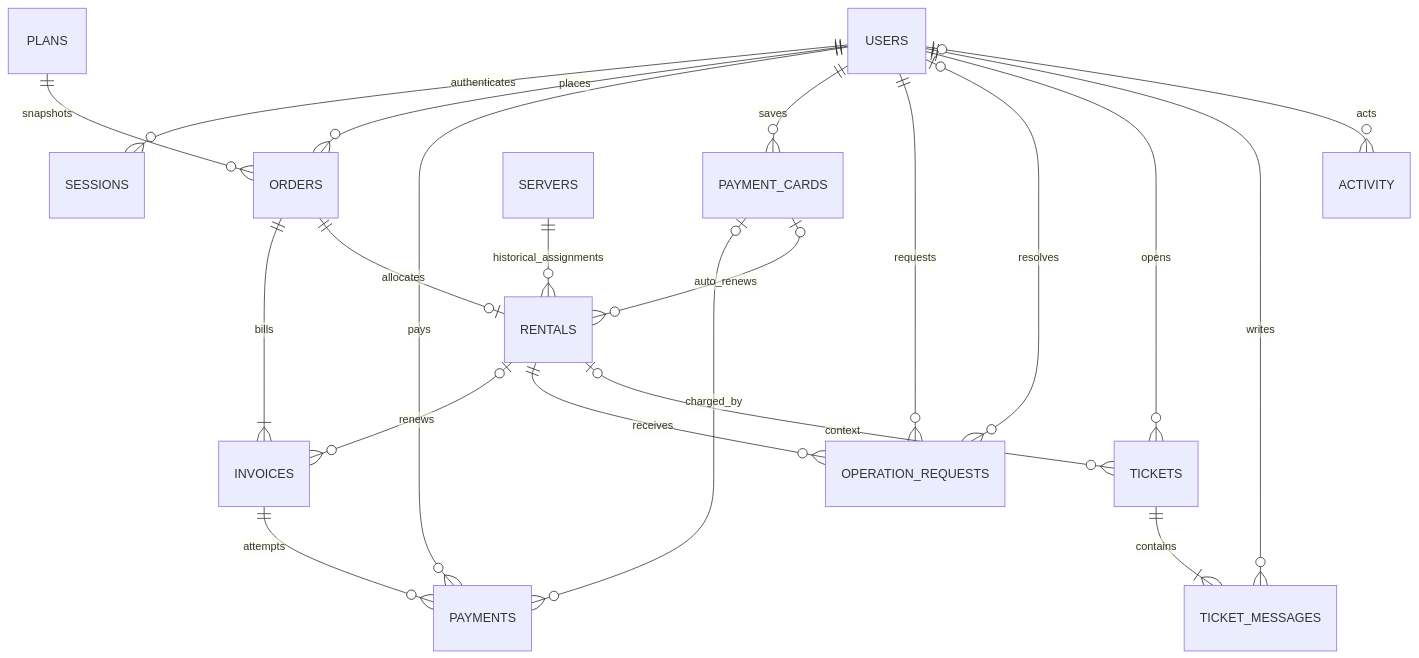
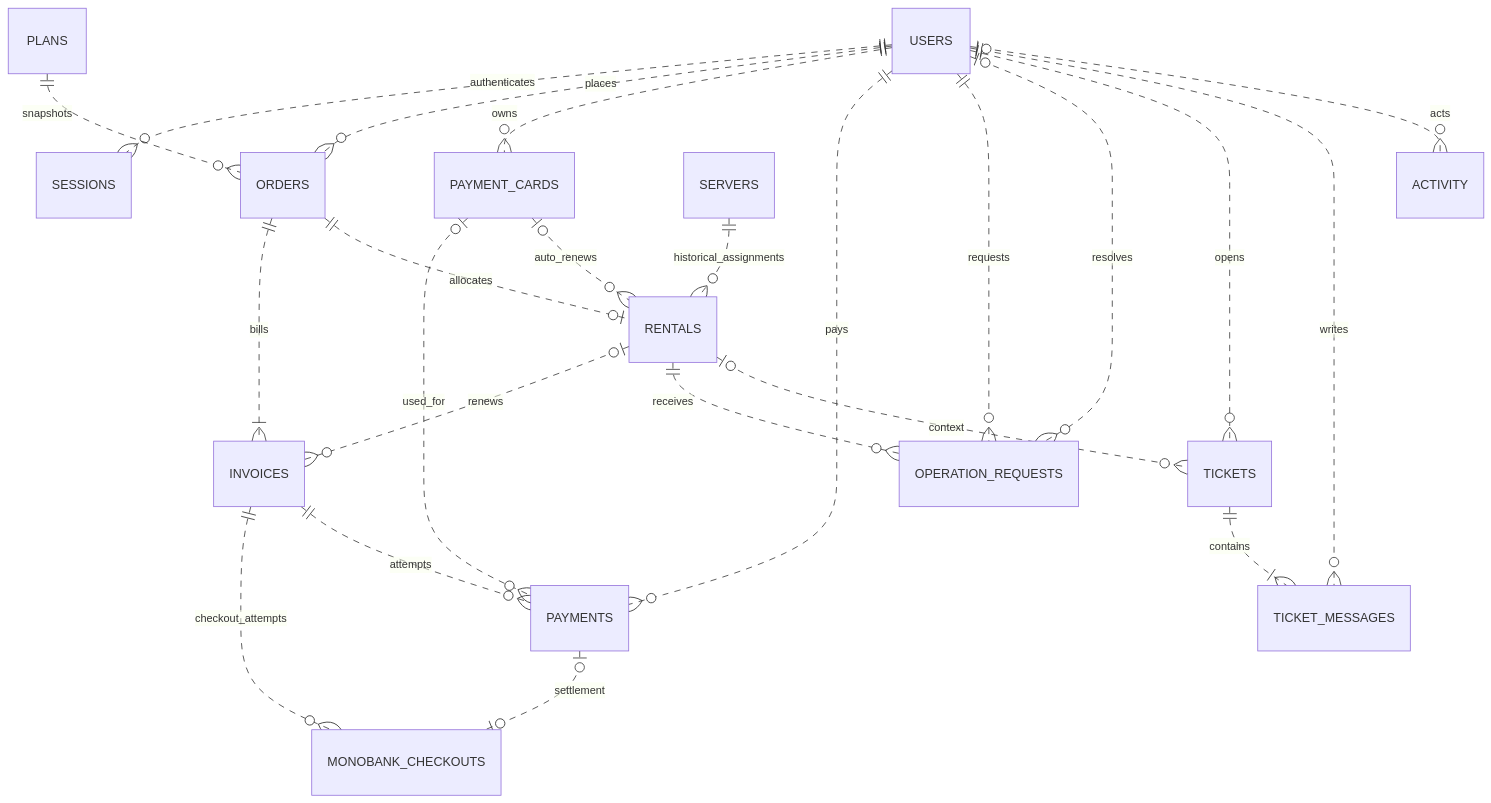
One commit to shalltearfrost/VPS-Rent.-Virtual-Private-Server-Rental-and-Management-Platform changed the diagram in docs/database.md. Above: the diagram before and after it, drawn with Mermaid. The commit also changed other lines of this file and 37 other files, not shown here.

````diff
--- a/docs/database.md
+++ b/docs/database.md
@@ -31,23 +35,25 @@
 ```mermaid
 erDiagram
-    USERS ||--o{ SESSIONS : authenticates
-    USERS ||--o{ ORDERS : places
-    PLANS ||--o{ ORDERS : snapshots
-    ORDERS ||--|{ INVOICES : bills
-    INVOICES ||--o{ PAYMENTS : attempts
-    USERS ||--o{ PAYMENTS : pays
-    USERS ||--o{ PAYMENT_CARDS : saves
-    PAYMENT_CARDS o|--o{ PAYMENTS : charged_by
-    PAYMENT_CARDS o|--o{ RENTALS : auto_renews
-    ORDERS ||--o| RENTALS : allocates
-    SERVERS ||--o{ RENTALS : historical_assignments
-    RENTALS o|--o{ INVOICES : renews
-    RENTALS ||--o{ OPERATION_REQUESTS : receives
-    USERS ||--o{ OPERATION_REQUESTS : requests
-    USERS o|--o{ OPERATION_REQUESTS : resolves
-    USERS ||--o{ TICKETS : opens
-    RENTALS o|--o{ TICKETS : context
-    TICKETS ||--|{ TICKET_MESSAGES : contains
-    USERS ||--o{ TICKET_MESSAGES : writes
-    USERS o|--o{ ACTIVITY : acts
+    INVOICES ||..o{ MONOBANK_CHECKOUTS : checkout_attempts
+    PAYMENTS |o..o| MONOBANK_CHECKOUTS : settlement
+    USERS ||..o{ SESSIONS : authenticates
+    USERS ||..o{ ORDERS : places
+    PLANS ||..o{ ORDERS : snapshots
+    ORDERS ||..|{ INVOICES : bills
+    USERS ||..o{ PAYMENT_CARDS : owns
+    PAYMENT_CARDS |o..o{ PAYMENTS : used_for
+    PAYMENT_CARDS |o..o{ RENTALS : auto_renews
+    INVOICES ||..o{ PAYMENTS : attempts
+    USERS ||..o{ PAYMENTS : pays
+    ORDERS ||..o| RENTALS : allocates
+    SERVERS ||..o{ RENTALS : historical_assignments
+    RENTALS |o..o{ INVOICES : renews
+    RENTALS ||..o{ OPERATION_REQUESTS : receives
+    USERS ||..o{ OPERATION_REQUESTS : requests
+    USERS |o..o{ OPERATION_REQUESTS : resolves
+    USERS ||..o{ TICKETS : opens
+    RENTALS |o..o{ TICKETS : context
+    TICKETS ||..|{ TICKET_MESSAGES : contains
+    USERS ||..o{ TICKET_MESSAGES : writes
+    USERS |o..o{ ACTIVITY : acts
 ```
````
